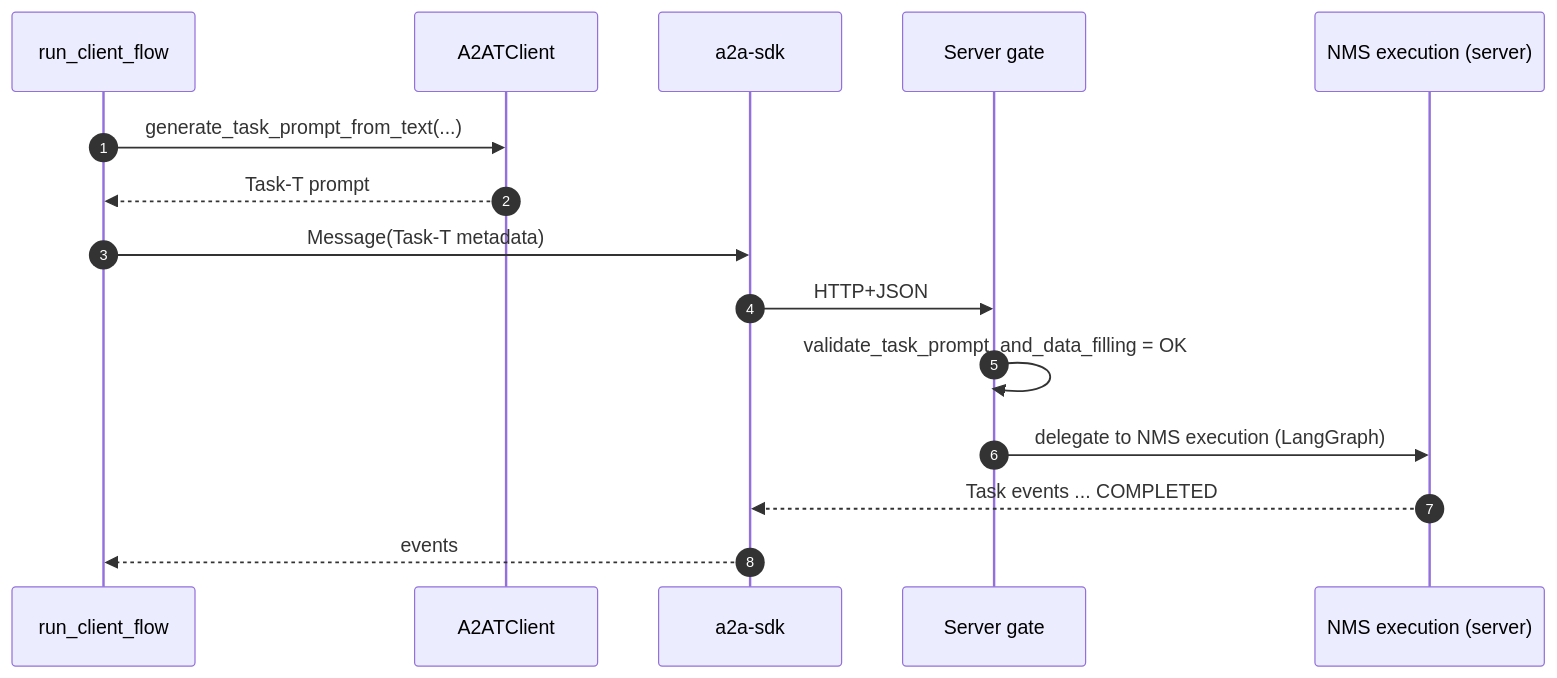
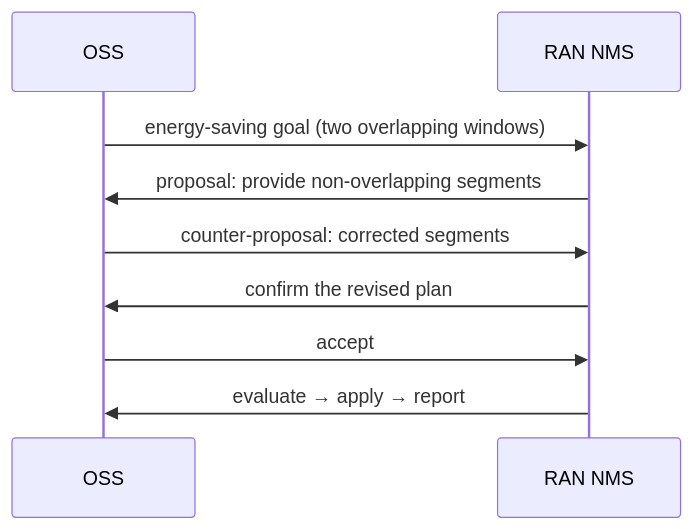
One commit to codetalks-hw/a2a-t-sdk-python changed the fourth of 5 diagrams in a2a-t-sample/ran-energy-saving/README.md. Above: the diagram before and after it, drawn with Mermaid. The commit also changed other lines of this file and 3 other files, not shown here.

````diff
--- a/a2a-t-sample/ran-energy-saving/README.md
+++ b/a2a-t-sample/ran-energy-saving/README.md
@@ -279,17 +60,11 @@
 ```mermaid
 sequenceDiagram
-    autonumber
-    participant F as run_client_flow
-    participant T as A2ATClient
-    participant A as a2a-sdk
-    participant G as Server gate
-    participant X as NMS execution (server)
-    F->>T: generate_task_prompt_from_text(...)
-    T-->>F: Task-T prompt
-    F->>A: Message(Task-T metadata)
-    A->>G: HTTP+JSON
-    G->>G: validate_task_prompt_and_data_filling = OK
-    G->>X: delegate to NMS execution (LangGraph)
-    X-->>A: Task events ... COMPLETED
-    A-->>F: events
+    participant O as OSS
+    participant N as RAN NMS
+    O->>N: energy-saving goal (two overlapping windows)
+    N->>O: proposal: provide non-overlapping segments
+    O->>N: counter-proposal: corrected segments
+    N->>O: confirm the revised plan
+    O->>N: accept
+    N->>O: evaluate → apply → report
 ```
````
